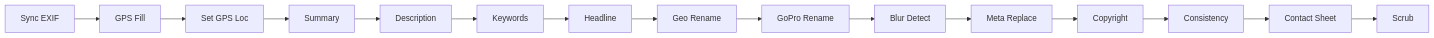
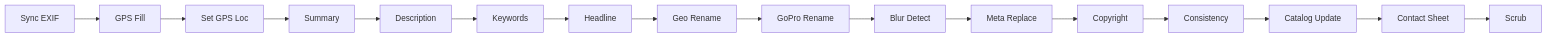
The diagram in docs/web_ui_help.md (igoros777/photoshell), drawn with Mermaid before and after one commit. The commit also changed other lines of this file and 1 other file, not shown here.

Commit message:
docs: update CHANGELOG and web_ui_help for v1.7.0 additions
Added Update Catalog workflow step, thumbnail enhancements (filename +
camera summary, hover captions, preview metadata, grid size match) to
CHANGELOG v1.7.0 entry. Updated web_ui_help.md step table and Mermaid
flowchart with Update Catalog step.

````diff
--- a/docs/web_ui_help.md
+++ b/docs/web_ui_help.md
@@ -26,17 +26,18 @@
 ```mermaid
 flowchart LR
     A[Sync EXIF] --> B[GPS Fill]
     B --> B2[Set GPS Loc]
     B2 --> C[Summary]
     C --> D[Description]
     D --> E[Keywords]
     E --> E2[Headline]
     E2 --> F[Geo Rename]
     F --> G[GoPro Rename]
     G --> H[Blur Detect]
     H --> H2[Meta Replace]
     H2 --> H3[Copyright]
     H3 --> H4[Consistency]
-    H4 --> I[Contact Sheet]
+    H4 --> H5[Catalog Update]
+    H5 --> I[Contact Sheet]
     I --> J[Scrub]
 ```
````
